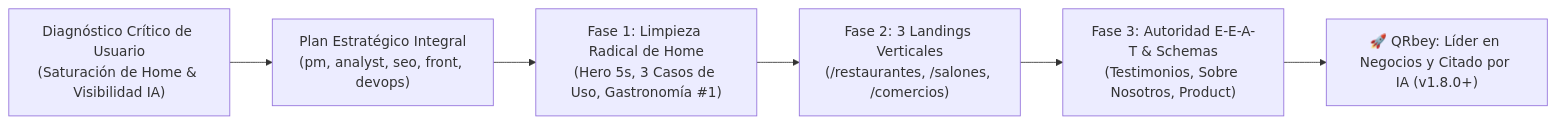
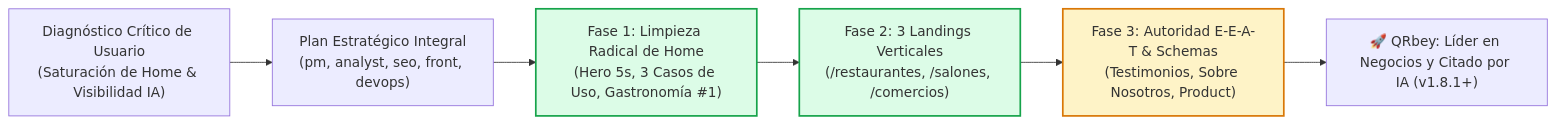
The diagram in PROJECT_STATUS_QRGENERATOR.md (paolapaz202504/QRgenerator), drawn with Mermaid before and after one commit. The commit also changed other lines of this file and 16 other files, not shown here.

````diff
--- a/PROJECT_STATUS_QRGENERATOR.md
+++ b/PROJECT_STATUS_QRGENERATOR.md
@@ -12,8 +12,12 @@
 ```mermaid
 flowchart LR
     A["Diagnóstico Crítico de Usuario\n(Saturación de Home & Visibilidad IA)"] --> B["Plan Estratégico Integral\n(pm, analyst, seo, front, devops)"]
     B --> C["Fase 1: Limpieza Radical de Home\n(Hero 5s, 3 Casos de Uso, Gastronomía #1)"]
     C --> D["Fase 2: 3 Landings Verticales\n(/restaurantes, /salones, /comercios)"]
     D --> E["Fase 3: Autoridad E-E-A-T & Schemas\n(Testimonios, Sobre Nosotros, Product)"]
-    E --> F["🚀 QRbey: Líder en Negocios y Citado por IA (v1.8.0+)"]
+    E --> F["🚀 QRbey: Líder en Negocios y Citado por IA (v1.8.1+)"]
+    
+    style C fill:#dcfce7,stroke:#16a34a,stroke-width:2px
+    style D fill:#dcfce7,stroke:#16a34a,stroke-width:2px
+    style E fill:#fef3c7,stroke:#d97706,stroke-width:2px
 ```
````
